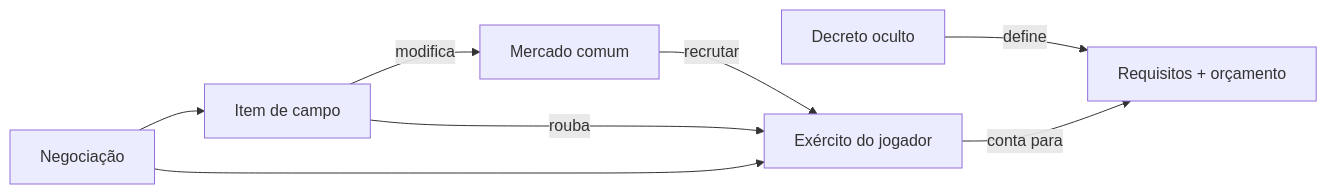
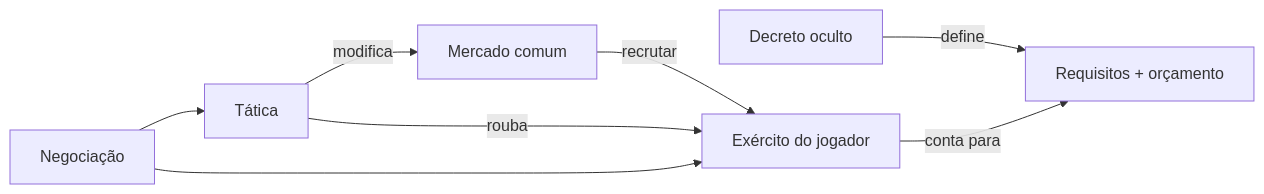
The diagram in design/DESIGN-PIVOT-v0.2.md (lochesystem/DemonLord), drawn with Mermaid before and after one commit. The commit also changed other lines of this file and 105 other files, not shown here.

First line of the commit message:
Rename Item cards to Tática and add layered back print pipeline.

````diff
--- a/design/DESIGN-PIVOT-v0.2.md
+++ b/design/DESIGN-PIVOT-v0.2.md
@@ -130,10 +130,10 @@
 ```mermaid
 flowchart LR
   M[Mercado comum] -->|recrutar| E[Exército do jogador]
-  I[Item de campo] -->|modifica| M
-  I -->|rouba| E
+  T[Tática] -->|modifica| M
+  T -->|rouba| E
   D[Decreto oculto] -->|define| R[Requisitos + orçamento]
   E -->|conta para| R
   N[Negociação] --> E
-  N --> I
+  N --> T
 ```
````
